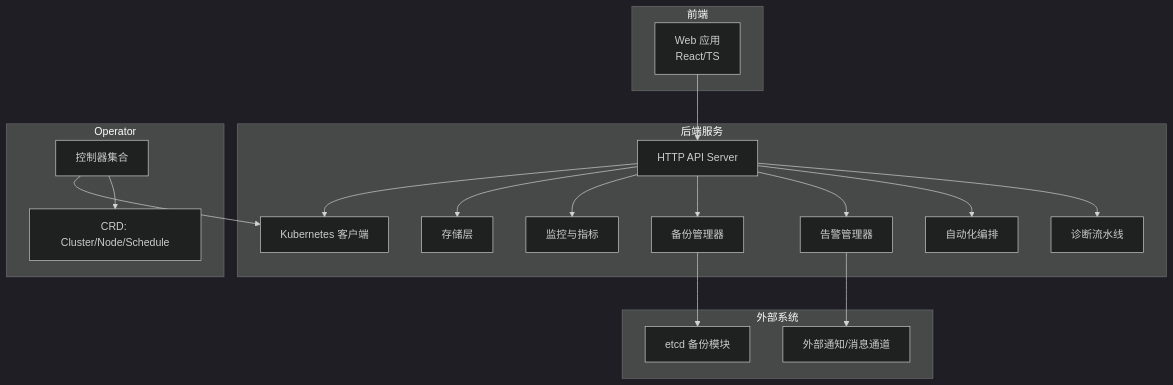
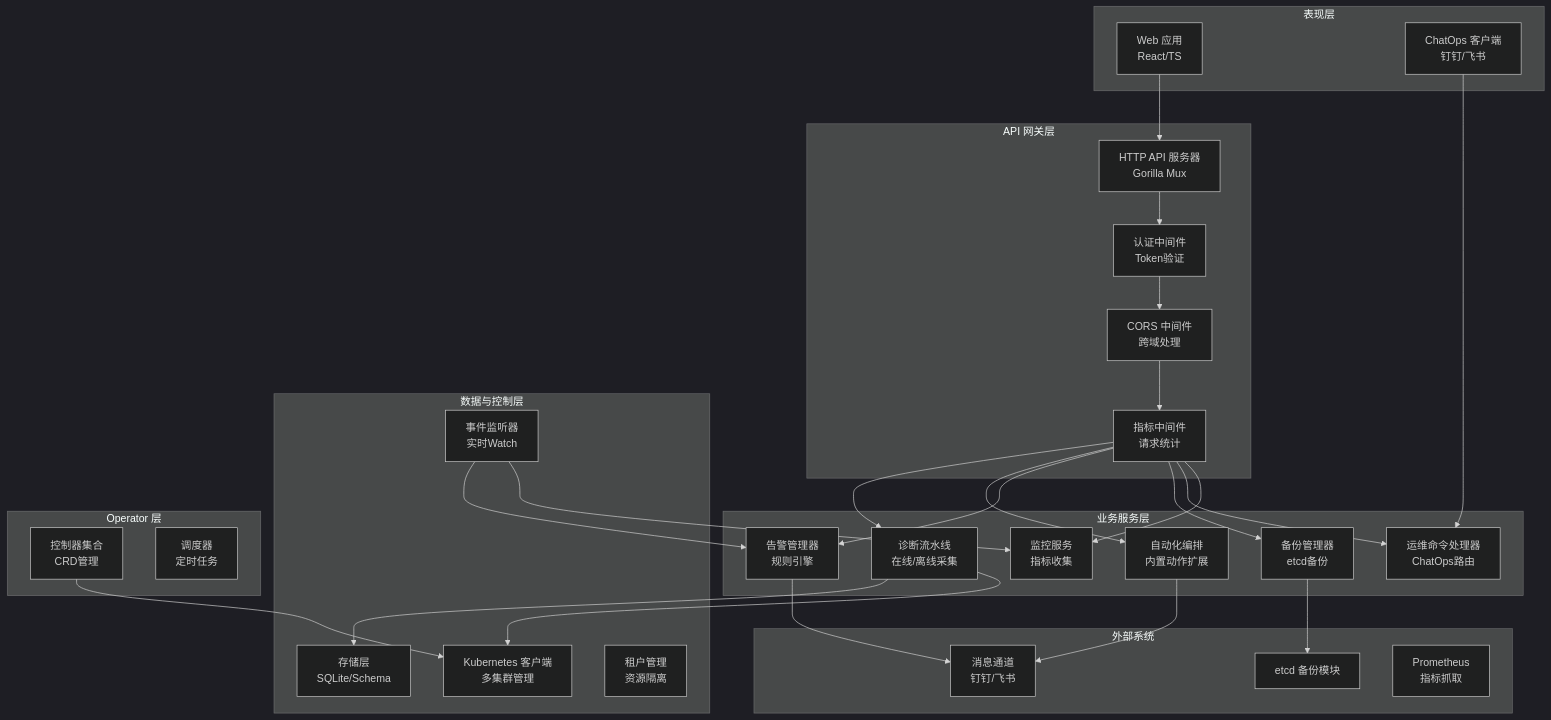
One commit to kudig-io/klaw changed the first of 9 diagrams in .qoder/repowiki/zh/content/系统架构/系统架构.md. Above: the diagram before and after it, drawn with Mermaid (dark theme). The commit also changed other lines of this file and 245 other files, not shown here.

````diff
--- a/.qoder/repowiki/zh/content/系统架构/系统架构.md
+++ b/.qoder/repowiki/zh/content/系统架构/系统架构.md
@@ -56,36 +72,55 @@
 ```mermaid
 graph TB
-subgraph "前端"
+subgraph "表现层"
 Web["Web 应用<br/>React/TS"]
+ChatOps["ChatOps 客户端<br/>钉钉/飞书"]
 end
-subgraph "后端服务"
-API["HTTP API Server"]
-Diag["诊断流水线"]
-Auto["自动化编排"]
-Alert["告警管理器"]
-Backup["备份管理器"]
-Store["存储层"]
-Mon["监控与指标"]
-K8s["Kubernetes 客户端"]
+subgraph "API 网关层"
+HTTP["HTTP API 服务器<br/>Gorilla Mux"]
+Auth["认证中间件<br/>Token验证"]
+CORS["CORS 中间件<br/>跨域处理"]
+Metrics["指标中间件<br/>请求统计"]
 end
-subgraph "Operator"
-Ctrl["控制器集合"]
-CRD["CRD: Cluster/Node/Schedule"]
+subgraph "业务服务层"
+Diag["诊断流水线<br/>在线/离线采集"]
+Auto["自动化编排<br/>内置动作扩展"]
+Alert["告警管理器<br/>规则引擎"]
+Backup["备份管理器<br/>etcd备份"]
+Ops["运维命令处理器<br/>ChatOps路由"]
+Mon["监控服务<br/>指标收集"]
+end
+subgraph "数据与控制层"
+Store["存储层<br/>SQLite/Schema"]
+K8s["Kubernetes 客户端<br/>多集群管理"]
+Events["事件监听器<br/>实时Watch"]
+Tenancy["租户管理<br/>资源隔离"]
+end
+subgraph "Operator 层"
+Ctrl["控制器集合<br/>CRD管理"]
+Scheduler["调度器<br/>定时任务"]
 end
 subgraph "外部系统"
 ETCD["etcd 备份模块"]
-ExtAPI["外部通知/消息通道"]
+MsgCh["消息通道<br/>钉钉/飞书"]
+Prom["Prometheus<br/>指标抓取"]
 end
-Web --> API
-API --> Diag
-API --> Auto
-API --> Alert
-API --> Backup
-API --> Mon
-API --> Store
-API --> K8s
-Ctrl --> CRD
+Web --> HTTP
+ChatOps --> Ops
+HTTP --> Auth
+Auth --> CORS
+CORS --> Metrics
+Metrics --> Diag
+Metrics --> Auto
+Metrics --> Alert
+Metrics --> Backup
+Metrics --> Ops
+Metrics --> Mon
+Diag --> Store
+Diag --> K8s
+Auto --> MsgCh
+Alert --> MsgCh
+Backup --> ETCD
+Events --> Alert
+Events --> Mon
 Ctrl --> K8s
-Backup --> ETCD
-Alert --> ExtAPI
 ```
````
